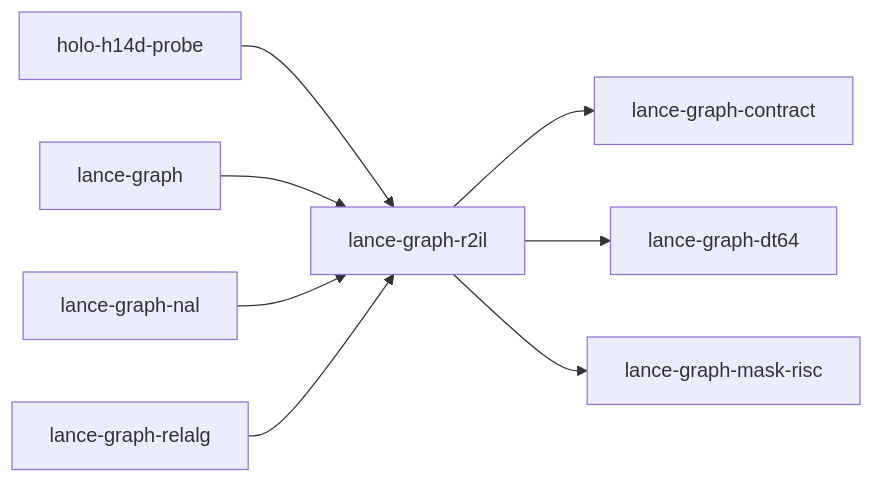
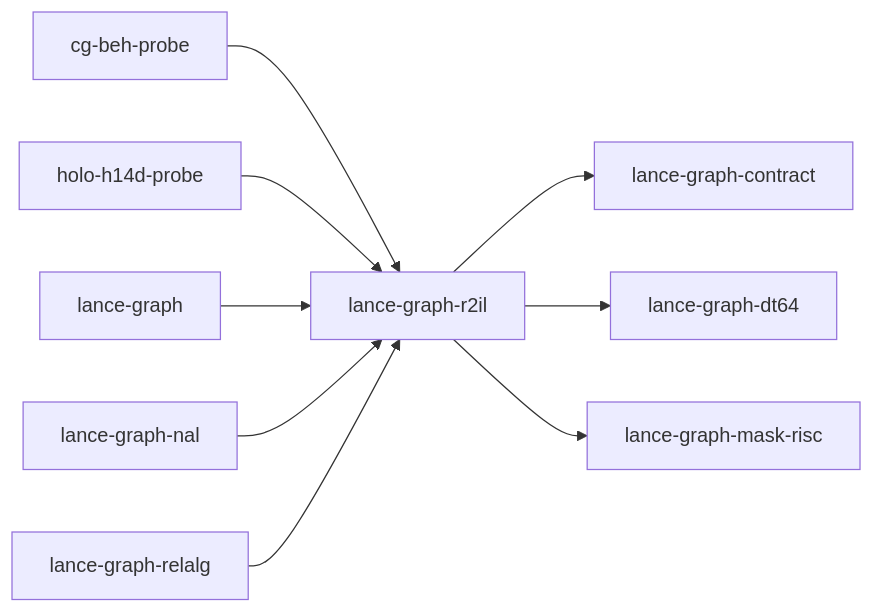
The diagram in .codegraph/crates/lance-graph-r2il.index.md (AdaWorldAPI/lance-graph), drawn with Mermaid before and after one commit. The commit also changed other lines of this file and 110 other files, not shown here.

````diff
--- a/.codegraph/crates/lance-graph-r2il.index.md
+++ b/.codegraph/crates/lance-graph-r2il.index.md
@@ -238,18 +239,20 @@
 ```mermaid
 flowchart LR
-  n23["holo-h14d-probe"]
-  n28["lance-graph"]
-  n39["lance-graph-contract"]
-  n42["lance-graph-dt64"]
-  n47["lance-graph-mask-risc"]
-  n49["lance-graph-nal"]
-  n58["lance-graph-r2il"]
-  n60["lance-graph-relalg"]
-  n23 --> n58
-  n28 --> n58
-  n49 --> n58
-  n58 --> n39
-  n58 --> n42
-  n58 --> n47
-  n60 --> n58
+  n4["cg-beh-probe"]
+  n24["holo-h14d-probe"]
+  n29["lance-graph"]
+  n40["lance-graph-contract"]
+  n43["lance-graph-dt64"]
+  n48["lance-graph-mask-risc"]
+  n50["lance-graph-nal"]
+  n59["lance-graph-r2il"]
+  n61["lance-graph-relalg"]
+  n4 --> n59
+  n24 --> n59
+  n29 --> n59
+  n50 --> n59
+  n59 --> n40
+  n59 --> n43
+  n59 --> n48
+  n61 --> n59
 ```
````
